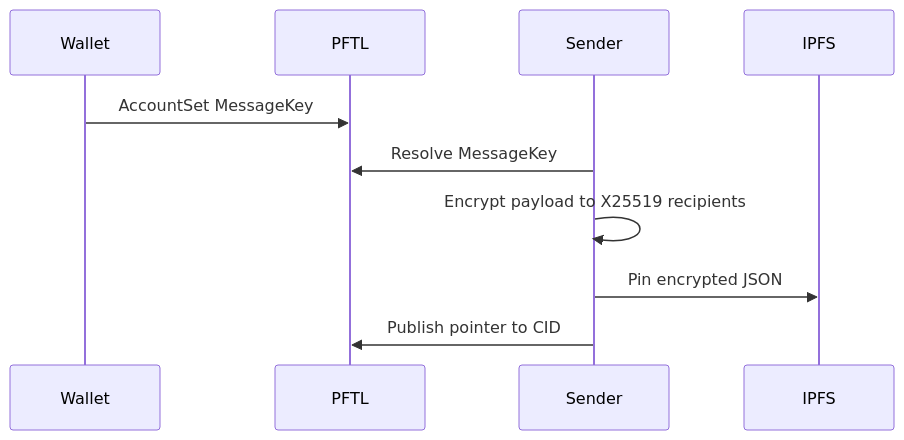
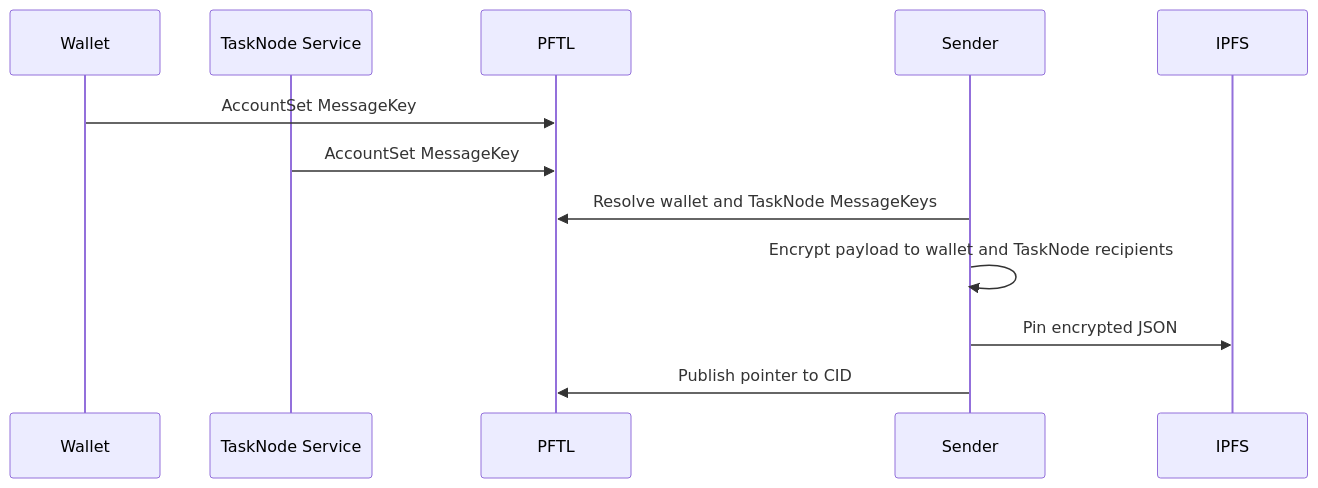
One commit to postfiatorg/tasknode changed the diagram in docs/wiki/architecture/encryption.md. Above: the diagram before and after it, drawn with Mermaid. The commit also changed other lines of this file and 1 other file, not shown here.

Commit message:
Document and enforce TaskNode IPFS recipients

````diff
--- a/docs/wiki/architecture/encryption.md
+++ b/docs/wiki/architecture/encryption.md
@@ -41,12 +70,14 @@
 ```mermaid
 sequenceDiagram
   participant W as Wallet
+  participant T as TaskNode Service
   participant PFTL as PFTL
   participant Sender as Sender
   participant IPFS as IPFS
   W->>PFTL: AccountSet MessageKey
-  Sender->>PFTL: Resolve MessageKey
-  Sender->>Sender: Encrypt payload to X25519 recipients
+  T->>PFTL: AccountSet MessageKey
+  Sender->>PFTL: Resolve wallet and TaskNode MessageKeys
+  Sender->>Sender: Encrypt payload to wallet and TaskNode recipients
   Sender->>IPFS: Pin encrypted JSON
   Sender->>PFTL: Publish pointer to CID
 ```
````
